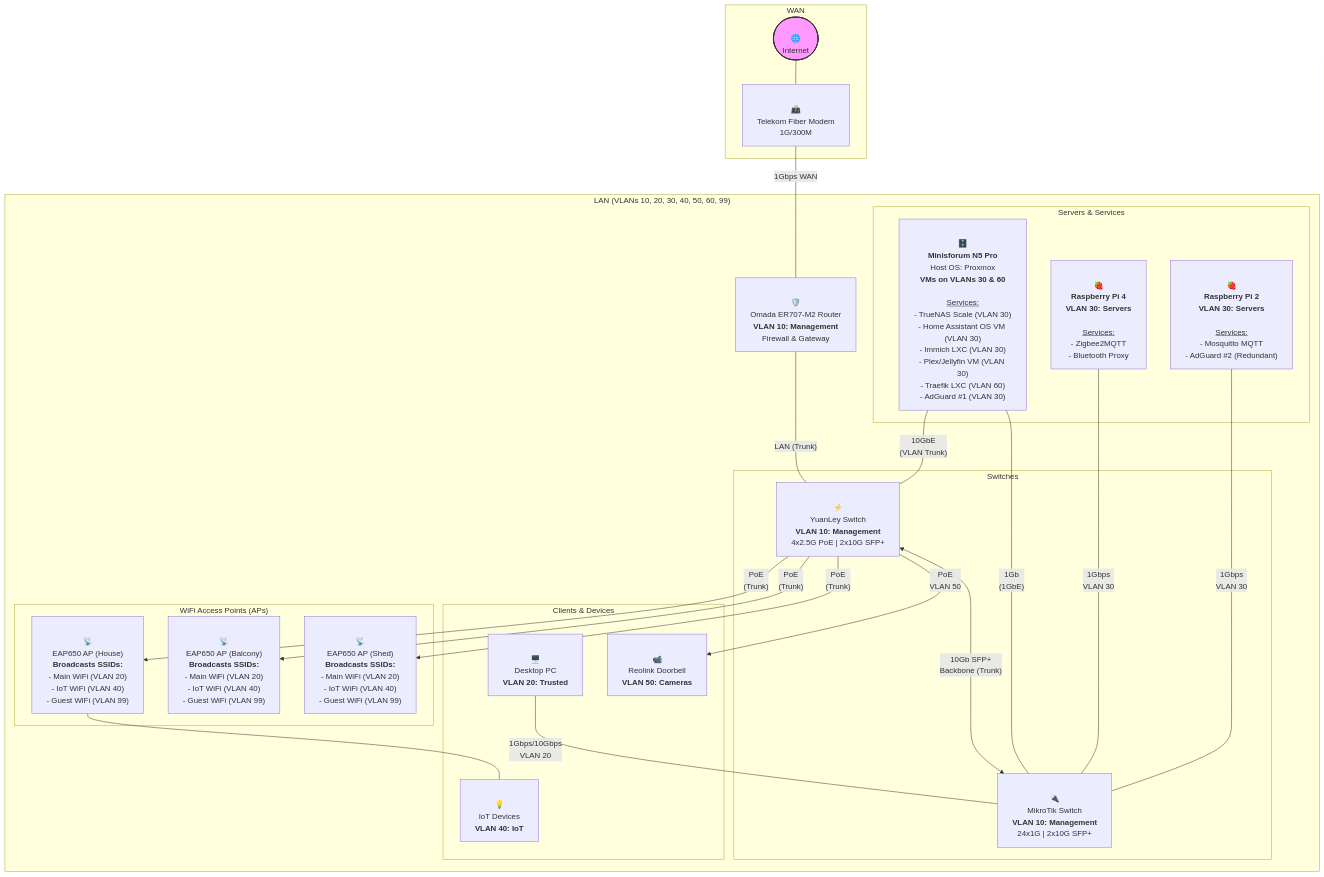
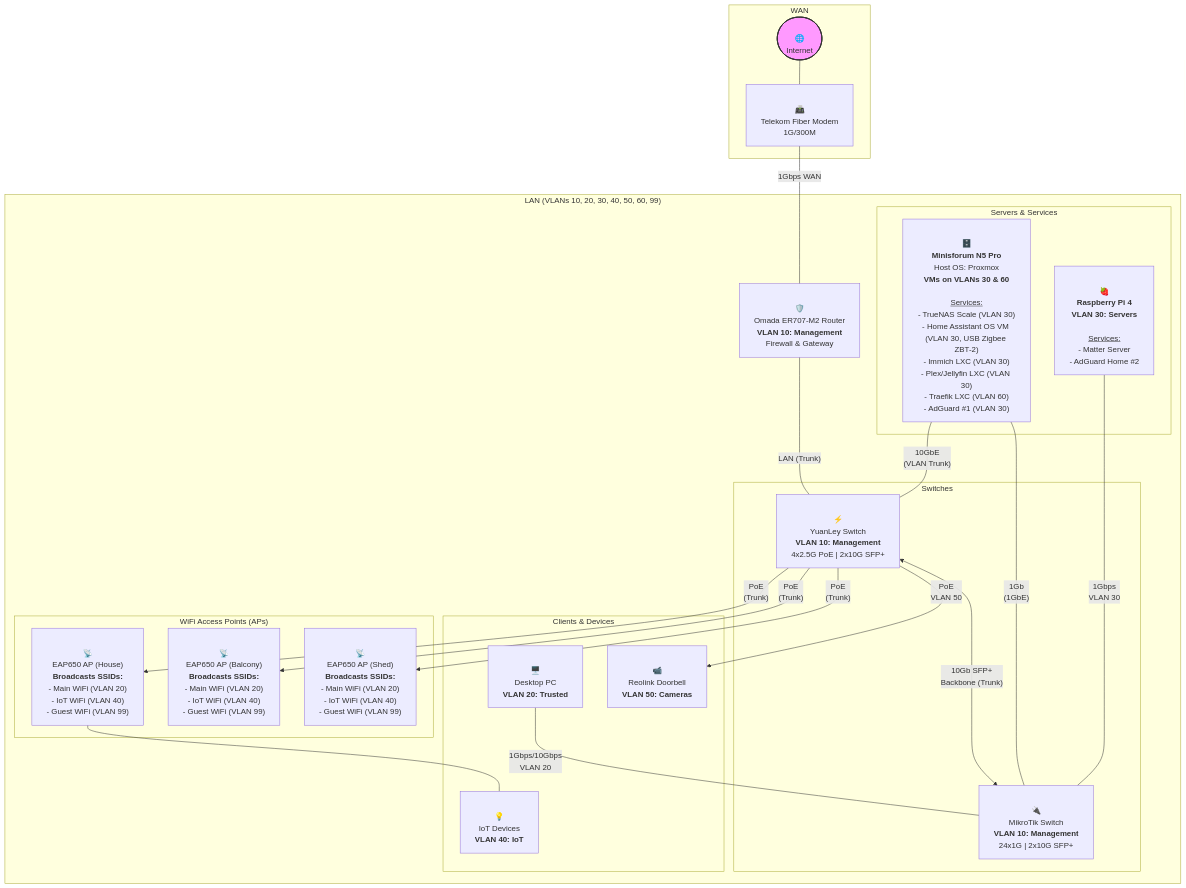
One commit to LukaPrebil/home-network changed the diagram in docs/readme.md. Above: the diagram before and after it, drawn with Mermaid. The commit also changed other lines of this file and 2 other files, not shown here.

First line of the commit message:
docs: update Zigbee setup to ZHA with USB-passthrough ZBT-2 on n5p

````diff
--- a/docs/readme.md
+++ b/docs/readme.md
@@ -34,58 +33,56 @@
 ```mermaid
 graph TD
     subgraph WAN
         internet([<br>🌐<br>Internet])
         style internet fill:#f9f,stroke:#333,stroke-width:2px
         modem["<br>📠<br>Telekom Fiber Modem<br>1G/300M"]
     end
 
     subgraph "LAN (VLANs 10, 20, 30, 40, 50, 60, 99)"
         router["<br>🛡️<br>Omada ER707-M2 Router<br><b>VLAN 10: Management</b><br>Firewall & Gateway"]
 
         subgraph Switches
             sw_yuanley["<br>⚡<br>YuanLey Switch<br><b>VLAN 10: Management</b><br>4x2.5G PoE | 2x10G SFP+"]
             sw_mikrotik["<br>🔌<br>MikroTik Switch<br><b>VLAN 10: Management</b><br>24x1G | 2x10G SFP+"]
         end
 
         subgraph "WiFi Access Points (APs)"
             ap1["<br>📡<br>EAP650 AP (House)<br><b>Broadcasts SSIDs:</b><br>- Main WiFi (VLAN 20)<br>- IoT WiFi (VLAN 40)<br>- Guest WiFi (VLAN 99)"]
             ap2["<br>📡<br>EAP650 AP (Balcony)<br><b>Broadcasts SSIDs:</b><br>- Main WiFi (VLAN 20)<br>- IoT WiFi (VLAN 40)<br>- Guest WiFi (VLAN 99)"]
             ap3["<br>📡<br>EAP650 AP (Shed)<br><b>Broadcasts SSIDs:</b><br>- Main WiFi (VLAN 20)<br>- IoT WiFi (VLAN 40)<br>- Guest WiFi (VLAN 99)"]
         end
         
         subgraph "Servers & Services"
-            nas["<br>🗄️<br><b>Minisforum N5 Pro</b><br>Host OS: Proxmox<br><b>VMs on VLANs 30 & 60</b><br><br><u>Services:</u><br>- TrueNAS Scale (VLAN 30)<br>- Home Assistant OS VM (VLAN 30)<br>- Immich LXC (VLAN 30)<br>- Plex/Jellyfin VM (VLAN 30)<br>- Traefik LXC (VLAN 60)<br>- AdGuard #1 (VLAN 30)"]
-            rpi4["<br>🍓<br><b>Raspberry Pi 4</b><br><b>VLAN 30: Servers</b><br><br><u>Services:</u><br>- Zigbee2MQTT<br>- Bluetooth Proxy"]
-            rpi2["<br>🍓<br><b>Raspberry Pi 2</b><br><b>VLAN 30: Servers</b><br><br><u>Services:</u><br>- Mosquitto MQTT<br>- AdGuard #2 (Redundant)"]
+            nas["<br>🗄️<br><b>Minisforum N5 Pro</b><br>Host OS: Proxmox<br><b>VMs on VLANs 30 & 60</b><br><br><u>Services:</u><br>- TrueNAS Scale (VLAN 30)<br>- Home Assistant OS VM (VLAN 30, USB Zigbee ZBT-2)<br>- Immich LXC (VLAN 30)<br>- Plex/Jellyfin LXC (VLAN 30)<br>- Traefik LXC (VLAN 60)<br>- AdGuard #1 (VLAN 30)"]
+            rpi4["<br>🍓<br><b>Raspberry Pi 4</b><br><b>VLAN 30: Servers</b><br><br><u>Services:</u><br>- Matter Server<br>- AdGuard Home #2"]
         end
 
         subgraph "Clients & Devices"
             desktop_pc["<br>🖥️<br>Desktop PC<br><b>VLAN 20: Trusted</b>"]
             doorbell["<br>📹<br>Reolink Doorbell<br><b>VLAN 50: Cameras</b>"]
             iot_devices["<br>💡<br>IoT Devices<br><b>VLAN 40: IoT</b>"]
         end
     end
 
     %% --- Connections ---
     internet --- modem
     modem ---|"1Gbps WAN"| router
     
     %% Switch Backbone
     router ---|"LAN (Trunk)"| sw_yuanley
     sw_yuanley <-->|"10Gb SFP+<br>Backbone (Trunk)"| sw_mikrotik
 
     %% Server Connections
     nas ---|"10GbE<br>(VLAN Trunk)"| sw_yuanley
     nas ---|"1Gb <br>(1GbE)"| sw_mikrotik
     rpi4 ---|"1Gbps<br>VLAN 30"| sw_mikrotik
-    rpi2 ---|"1Gbps<br>VLAN 30"| sw_mikrotik
 
     %% Client & PoE Device Connections
     sw_yuanley --"PoE<br>VLAN 50"--> doorbell
     sw_yuanley --"PoE<br>(Trunk)"--> ap1
     sw_yuanley --"PoE<br>(Trunk)"--> ap2
     sw_yuanley --"PoE<br>(Trunk)"--> ap3
     desktop_pc ---|"1Gbps/10Gbps<br>VLAN 20"| sw_mikrotik
     ap1 --- iot_devices
 
 ```
````
